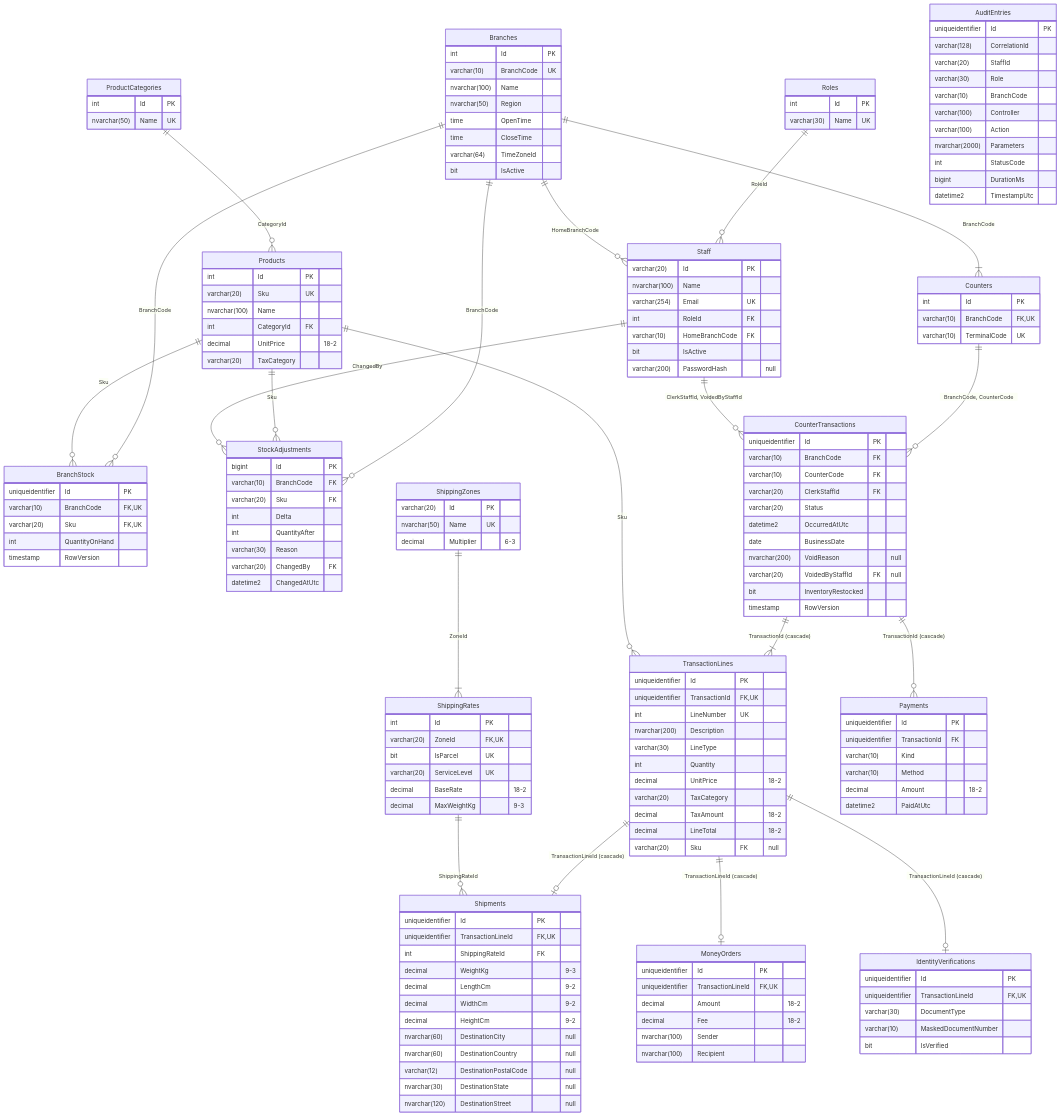
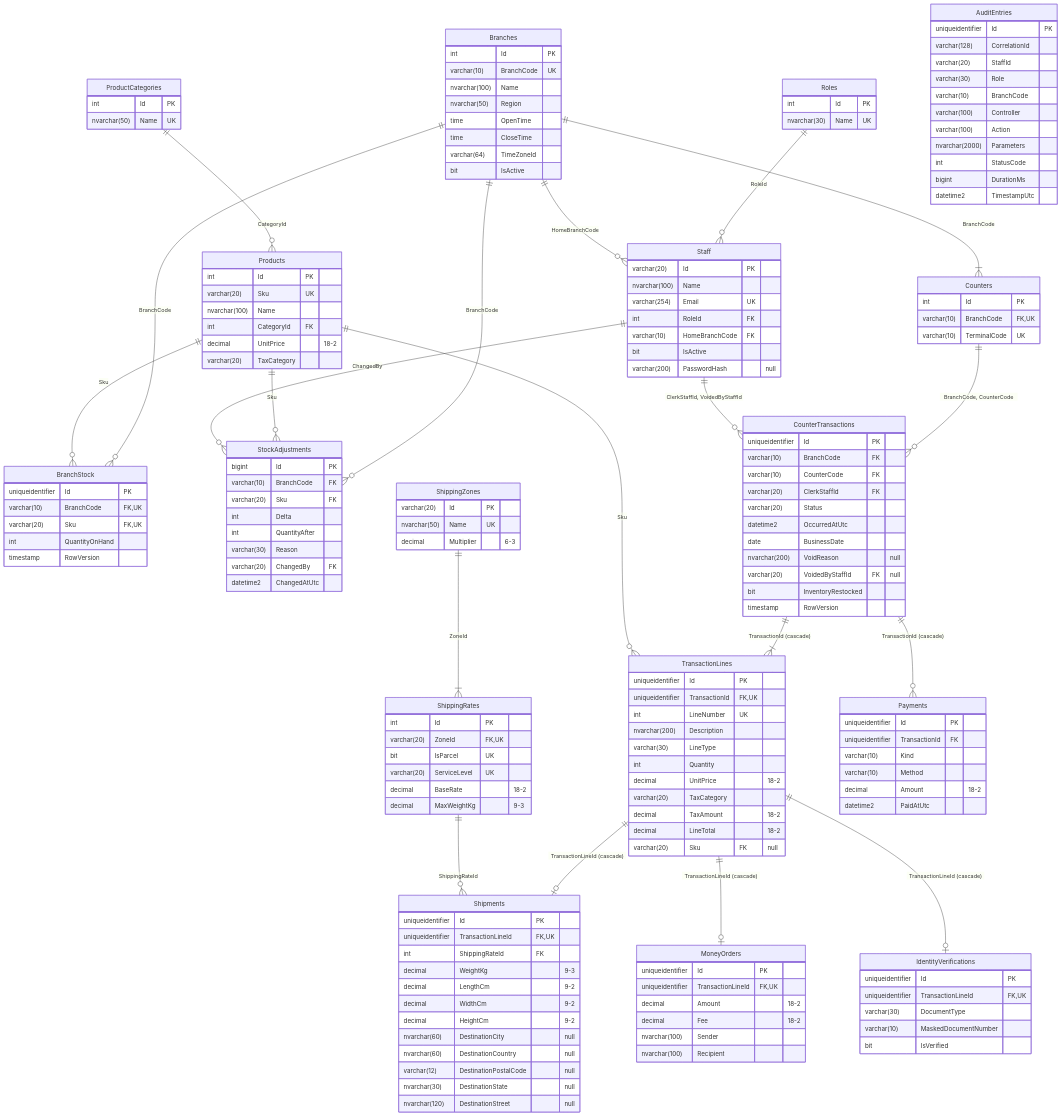
One commit to vercellmotive/ApexPost changed the second of 5 diagrams in DESIGN.md. Above: the diagram before and after it, drawn with Mermaid. The commit also changed other lines of this file and 16 other files, not shown here.

```diff
--- a/DESIGN.md
+++ b/DESIGN.md
@@ -134,7 +134,7 @@
     }
     Roles {
         int Id PK
-        varchar(30) Name UK
+        nvarchar(30) Name UK
     }
     Shipments {
         uniqueidentifier Id PK
```
